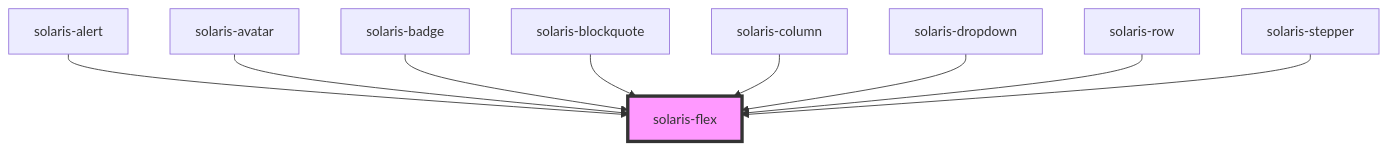
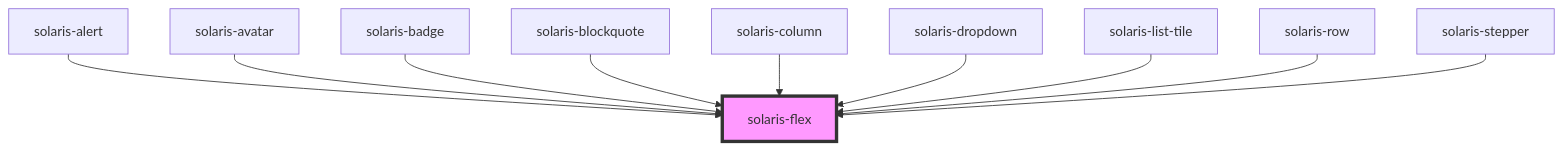
One commit to Lynxgsm/solaris-design-system changed the diagram in packages/stencil-library/src/components/solaris-flex/readme.md. Above: the diagram before and after it, drawn with Mermaid. The commit also changed other lines of this file and 12 other files, not shown here.

Commit message:
added list-tile

````diff
--- a/packages/stencil-library/src/components/solaris-flex/readme.md
+++ b/packages/stencil-library/src/components/solaris-flex/readme.md
@@ -33,12 +34,13 @@
 ```mermaid
 graph TD;
   solaris-alert --> solaris-flex
   solaris-avatar --> solaris-flex
   solaris-badge --> solaris-flex
   solaris-blockquote --> solaris-flex
   solaris-column --> solaris-flex
   solaris-dropdown --> solaris-flex
+  solaris-list-tile --> solaris-flex
   solaris-row --> solaris-flex
   solaris-stepper --> solaris-flex
   style solaris-flex fill:#f9f,stroke:#333,stroke-width:4px
 ```
````
